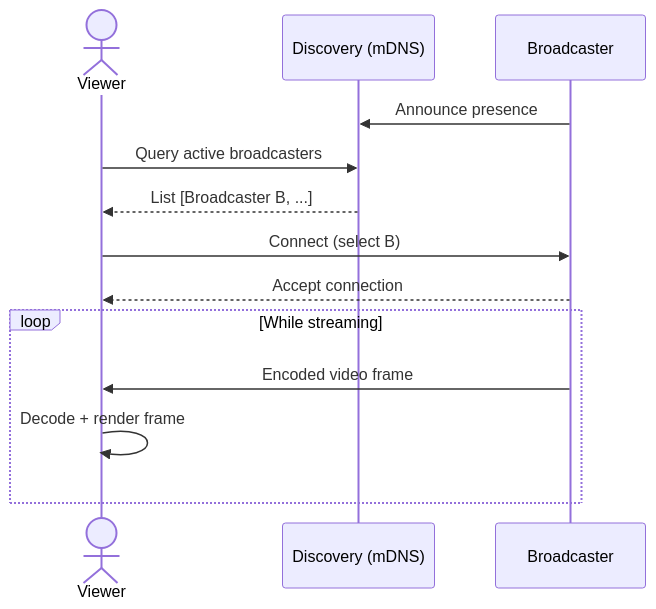
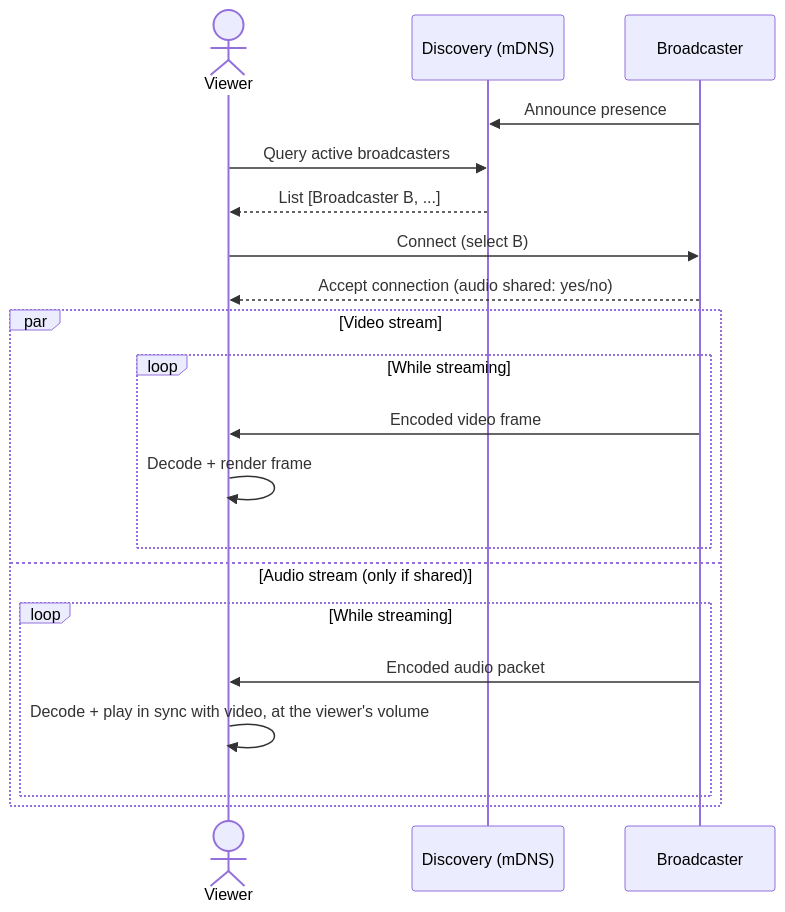
Before and after one commit to gventino/peeroxide: the second of 5 diagrams in docs/use-cases.md, drawn with Mermaid. The commit also changed other lines of this file and 3 other files, not shown here.

````diff
--- a/docs/use-cases.md
+++ b/docs/use-cases.md
@@ -73,16 +82,23 @@
 ```mermaid
 sequenceDiagram
     actor V as Viewer
     participant D as Discovery (mDNS)
     participant B as Broadcaster
 
     B->>D: Announce presence
     V->>D: Query active broadcasters
     D-->>V: List [Broadcaster B, ...]
     V->>B: Connect (select B)
-    B-->>V: Accept connection
-    loop While streaming
-        B->>V: Encoded video frame
-        V->>V: Decode + render frame
+    B-->>V: Accept connection (audio shared: yes/no)
+    par Video stream
+        loop While streaming
+            B->>V: Encoded video frame
+            V->>V: Decode + render frame
+        end
+    and Audio stream (only if shared)
+        loop While streaming
+            B->>V: Encoded audio packet
+            V->>V: Decode + play in sync with video, at the viewer's volume
+        end
     end
 ```
````
